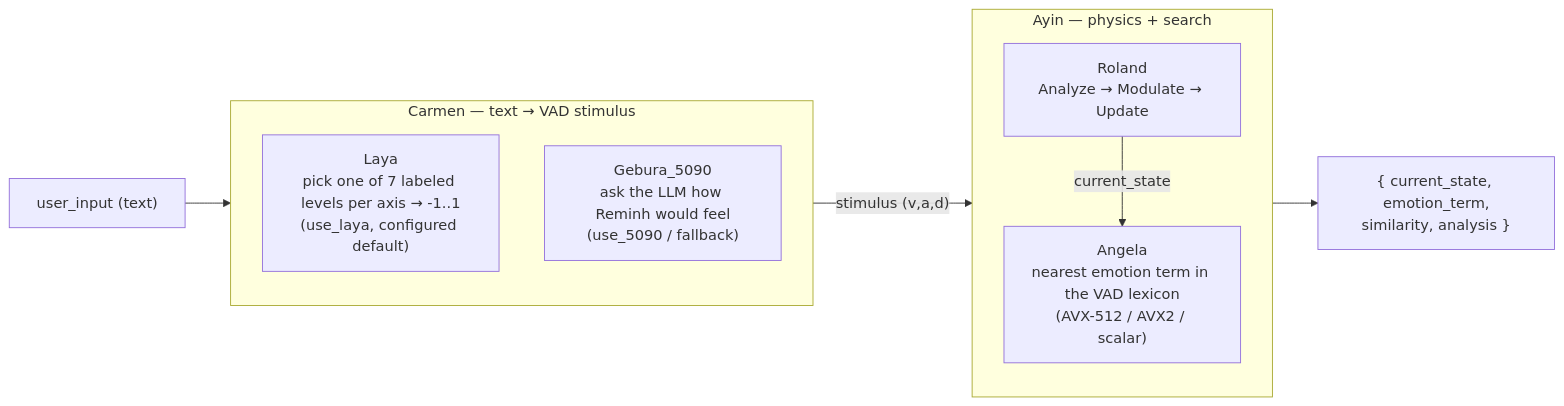
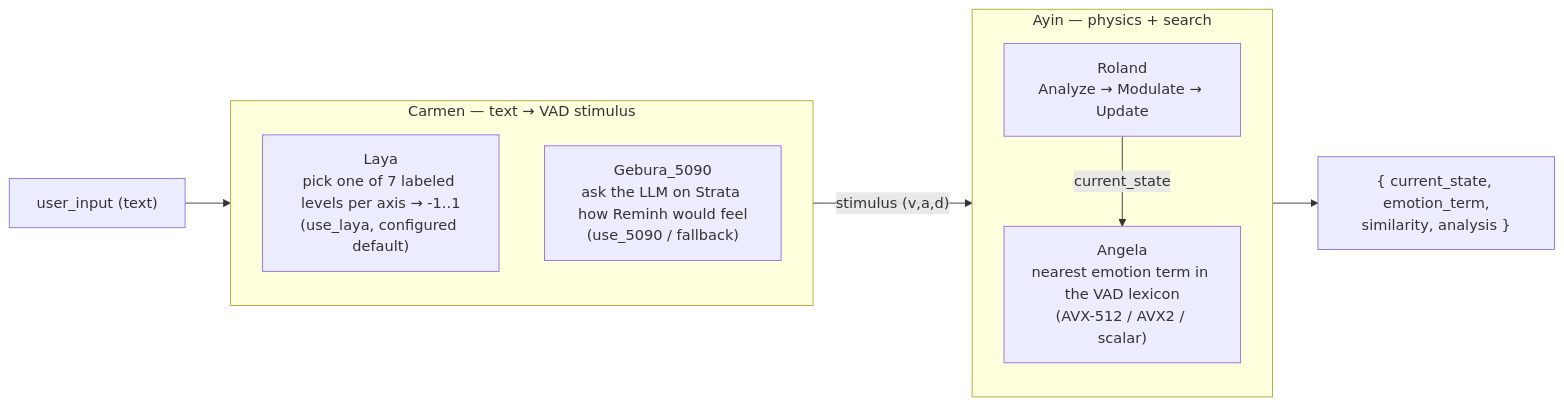
Before and after one commit to deltaAnima/Project_deltaAnima: the seventh of 9 diagrams in README.md, drawn with Mermaid. The commit also changed other lines of this file, not shown here.

Commit message:
Update README to reflect Strata model changes

````diff
--- a/README.md
+++ b/README.md
@@ -502,21 +501,21 @@
 ```mermaid
 flowchart LR
     T["user_input (text)"] --> CA
 
     subgraph CA["Carmen — text → VAD stimulus"]
         direction TB
         OJV["Laya<br/>pick one of 7 labeled levels per axis → -1..1<br/>(use_laya, configured default)"]
-        G5["Gebura_5090<br/>ask the LLM how Reminh would feel<br/>(use_5090 / fallback)"]
+        G5["Gebura_5090<br/>ask the LLM on Strata how Reminh would feel<br/>(use_5090 / fallback)"]
     end
 
     CA -- "stimulus (v,a,d)" --> AY
 
     subgraph AY["Ayin — physics + search"]
         direction TB
         RO["Roland<br/>Analyze → Modulate → Update"]
         AN["Angela<br/>nearest emotion term in the VAD lexicon<br/>(AVX-512 / AVX2 / scalar)"]
         RO -- "current_state" --> AN
     end
 
     AY --> OUT["{ current_state, emotion_term,<br/>similarity, analysis }"]
 ```
````
